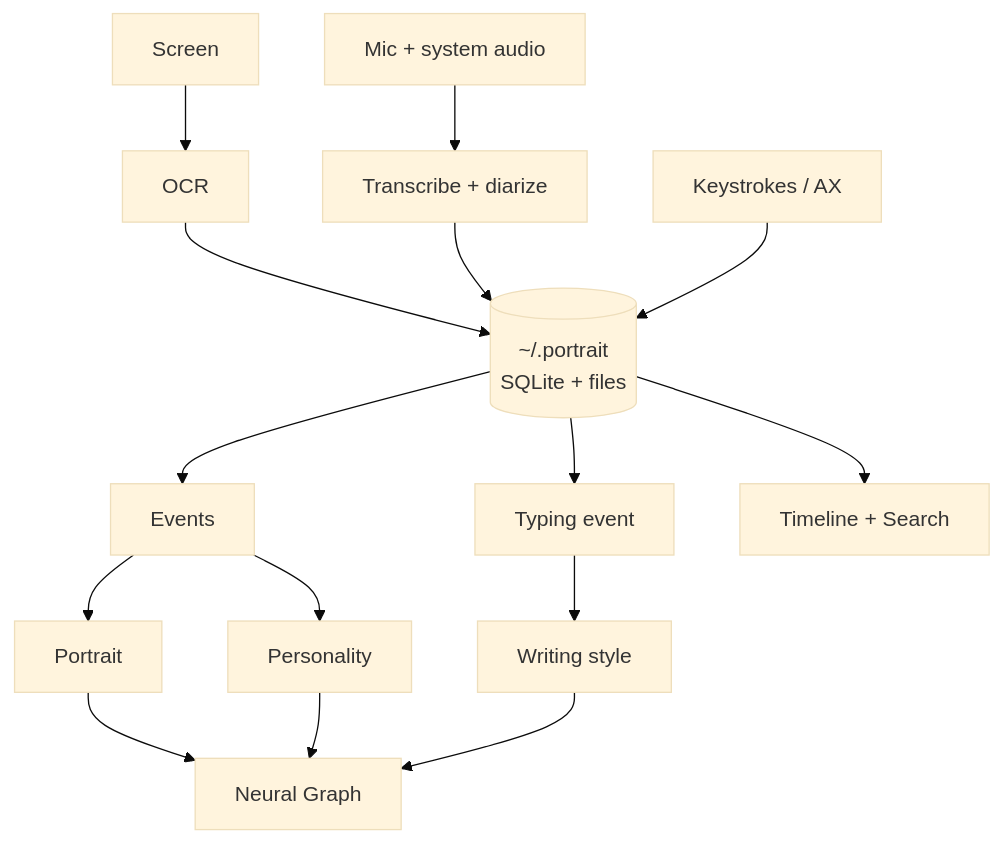
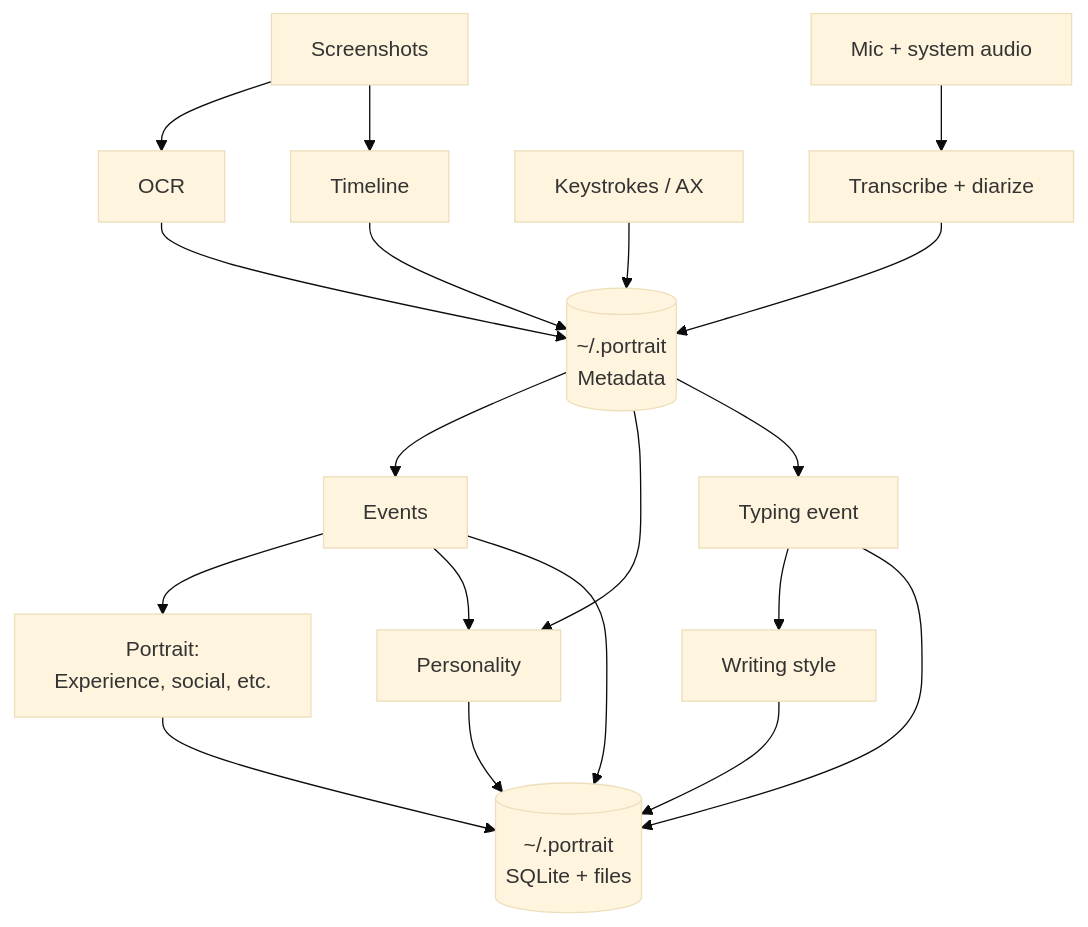
One commit to joyzhang14-14/My-Portrait changed the diagram in README.md. Above: the diagram before and after it, drawn with Mermaid (base theme). The commit also changed other lines of this file, not shown here.

Commit message:
Refine terminology and improve README clarity
Updated terminology for clarity and consistency in the README.

````diff
--- a/README.md
+++ b/README.md
@@ -19,21 +19,25 @@
 ```mermaid
 flowchart TB
-  A1["Screen"] --> B1["OCR"]
+  A1["Screenshots"] --> B1["OCR"]
   A2["Mic + system audio"] --> B2["Transcribe + diarize"]
   A3["Keystrokes / AX"]
+  A1 --> TL["Timeline"]
 
-  B1 --> DB[("~/.portrait<br/>SQLite + files")]
-  B2 --> DB
-  A3 --> DB
+  TL --> MT[("~/.portrait<br/>Metadata")]
+  B1 --> MT
+  B2 --> MT
+  A3 --> MT
 
-  DB --> E["Events"]
-  E --> P["Portrait"]
+  MT --> E["Events"]
+  E --> P["Portrait:<br/>Experience, social, etc."]
   E --> PS["Personality"]
-  DB --> TE["Typing event"]
+  MT --> PS
+  MT --> TE["Typing event"]
   TE --> WS["Writing style"]
 
-  P --> G["Neural Graph"]
-  PS --> G
-  WS --> G
-  DB --> TL["Timeline + Search"]
+  E --> DB[("~/.portrait<br/>SQLite + files")]
+  TE --> DB
+  P --> DB
+  PS --> DB
+  WS --> DB
 ```
````
